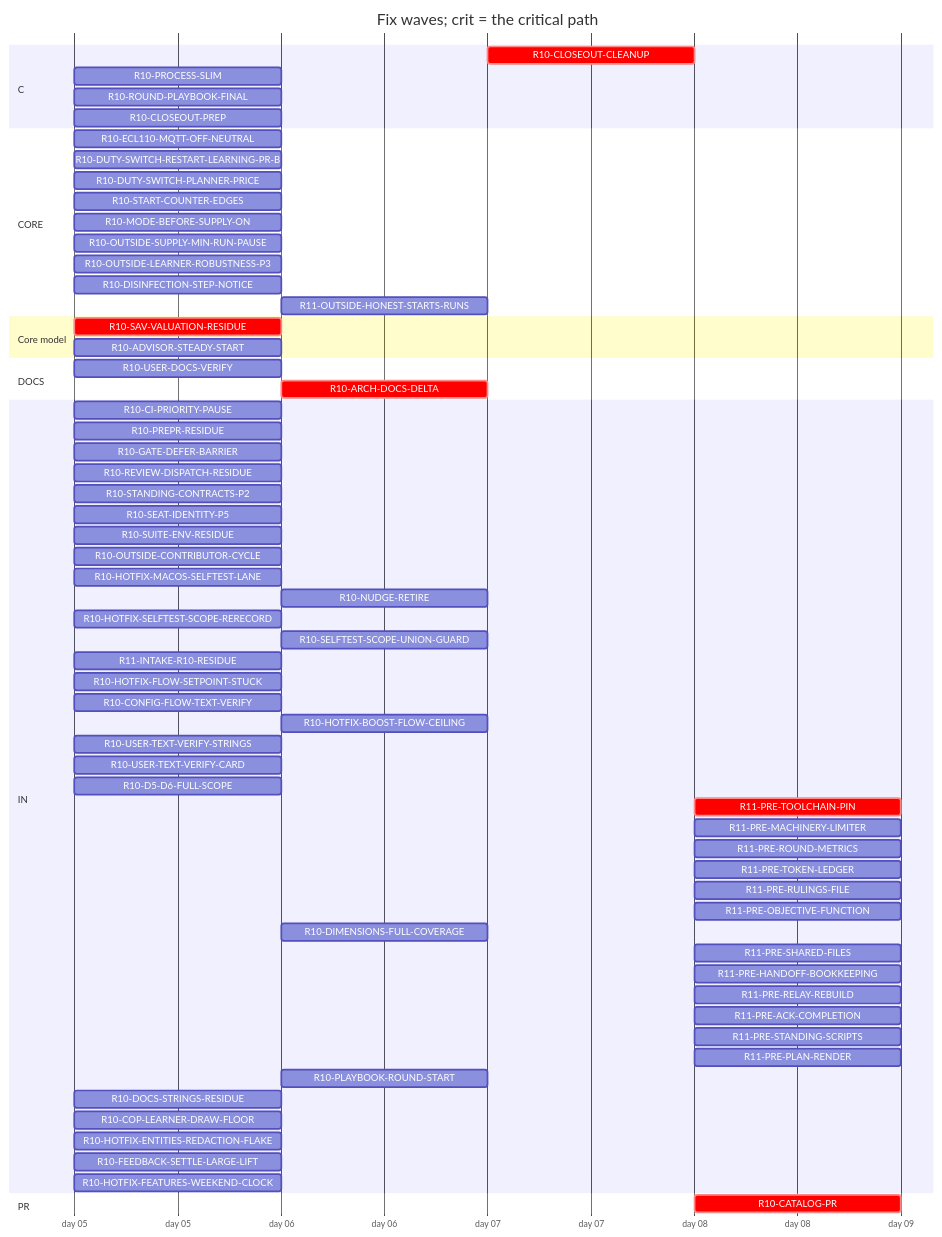
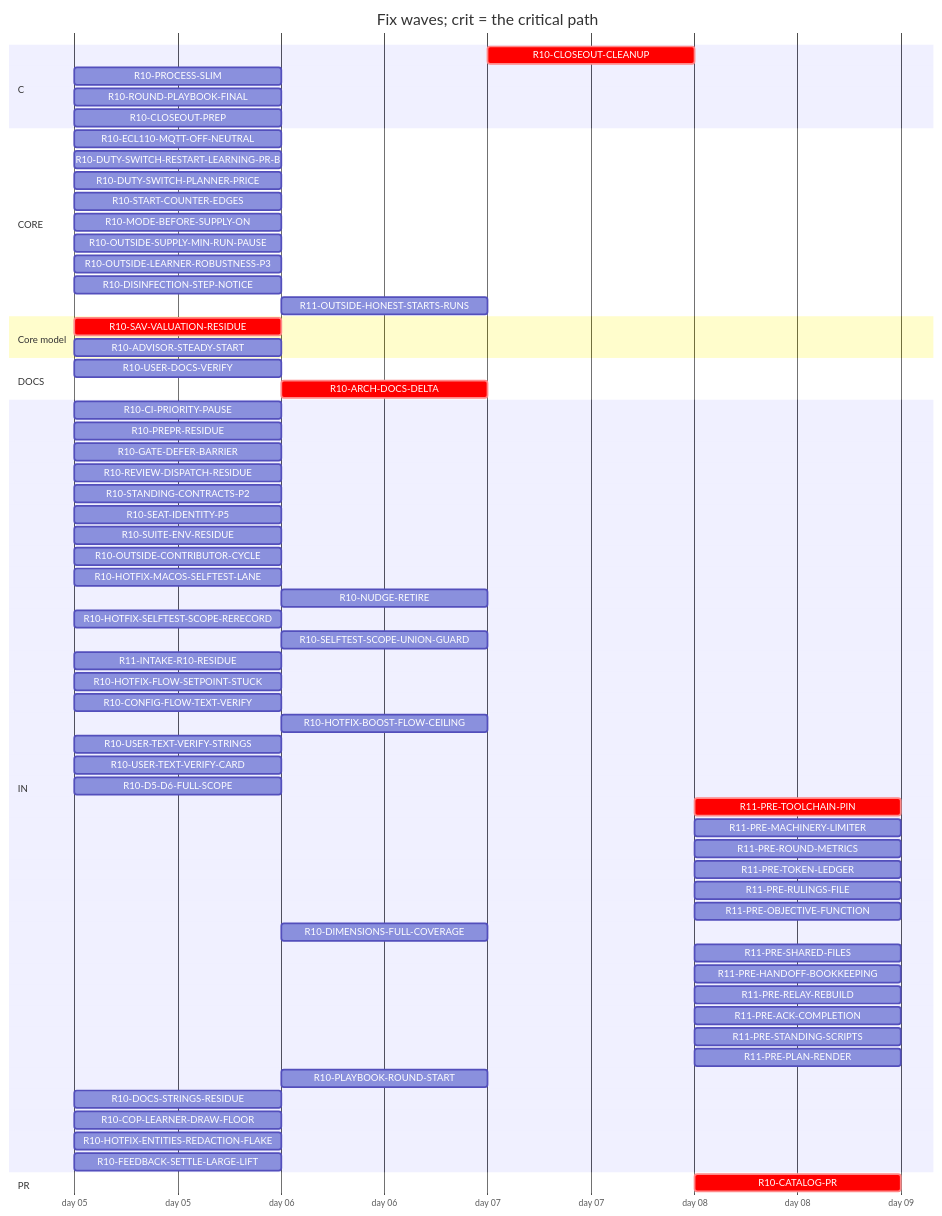
The diagram in handoff/round10/state/PLAN-TABLE.md (tvofi/heatpump_optimizer), drawn with Mermaid before and after one commit. The commit also changed other lines of this file and 3 other files, not shown here.

Commit message:
state: FLOW-BOARD.md, NEXT-SESSION-PROMPT.md, PLAN-TABLE.md, RESUME-CURRENT.md regenerated (state_docs.py)

````diff
--- a/handoff/round10/state/PLAN-TABLE.md
+++ b/handoff/round10/state/PLAN-TABLE.md
@@ -19,68 +19,67 @@
 ```mermaid
 gantt
   title Fix waves; crit = the critical path
   dateFormat YYYY-MM-DD
   axisFormat day %d
   section C
     R10-CLOSEOUT-CLEANUP :crit, r10CLOSEOUTCLEANUP, after r10USERDOCSVERIFY r10CLOSEOUTPREP r10ARCHDOCSDELTA, 1d
     R10-PROCESS-SLIM :r10PROCESSSLIM, 2026-01-05, 1d
     R10-ROUND-PLAYBOOK-FINAL :r10ROUNDPLAYBOOKFINAL, 2026-01-05, 1d
     R10-CLOSEOUT-PREP :r10CLOSEOUTPREP, 2026-01-05, 1d
   section CORE
     R10-ECL110-MQTT-OFF-NEUTRAL :r10ECL110MQTTOFFNEUTRAL, 2026-01-05, 1d
     R10-DUTY-SWITCH-RESTART-LEARNING-PR-B :r10DUTYSWITCHRESTARTLEARNINGPRB, 2026-01-05, 1d
     R10-DUTY-SWITCH-PLANNER-PRICE :r10DUTYSWITCHPLANNERPRICE, 2026-01-05, 1d
     R10-START-COUNTER-EDGES :r10STARTCOUNTEREDGES, 2026-01-05, 1d
     R10-MODE-BEFORE-SUPPLY-ON :r10MODEBEFORESUPPLYON, 2026-01-05, 1d
     R10-OUTSIDE-SUPPLY-MIN-RUN-PAUSE :r10OUTSIDESUPPLYMINRUNPAUSE, 2026-01-05, 1d
     R10-OUTSIDE-LEARNER-ROBUSTNESS-P3 :r10OUTSIDELEARNERROBUSTNESSP3, 2026-01-05, 1d
     R10-DISINFECTION-STEP-NOTICE :r10DISINFECTIONSTEPNOTICE, 2026-01-05, 1d
     R11-OUTSIDE-HONEST-STARTS-RUNS :r11OUTSIDEHONESTSTARTSRUNS, after r10DUTYSWITCHPLANNERPRICE r10OUTSIDESUPPLYMINRUNPAUSE r10ADVISORSTEADYSTART, 1d
   section Core model
     R10-SAV-VALUATION-RESIDUE :crit, r10SAVVALUATIONRESIDUE, 2026-01-05, 1d
     R10-ADVISOR-STEADY-START :r10ADVISORSTEADYSTART, 2026-01-05, 1d
   section DOCS
     R10-USER-DOCS-VERIFY :r10USERDOCSVERIFY, 2026-01-05, 1d
     R10-ARCH-DOCS-DELTA :crit, r10ARCHDOCSDELTA, after r10SAVVALUATIONRESIDUE r10ADVISORSTEADYSTART, 1d
   section IN
     R10-CI-PRIORITY-PAUSE :r10CIPRIORITYPAUSE, 2026-01-05, 1d
     R10-PREPR-RESIDUE :r10PREPRRESIDUE, 2026-01-05, 1d
     R10-GATE-DEFER-BARRIER :r10GATEDEFERBARRIER, 2026-01-05, 1d
     R10-REVIEW-DISPATCH-RESIDUE :r10REVIEWDISPATCHRESIDUE, 2026-01-05, 1d
     R10-STANDING-CONTRACTS-P2 :r10STANDINGCONTRACTSP2, 2026-01-05, 1d
     R10-SEAT-IDENTITY-P5 :r10SEATIDENTITYP5, 2026-01-05, 1d
     R10-SUITE-ENV-RESIDUE :r10SUITEENVRESIDUE, 2026-01-05, 1d
     R10-OUTSIDE-CONTRIBUTOR-CYCLE :r10OUTSIDECONTRIBUTORCYCLE, 2026-01-05, 1d
     R10-HOTFIX-MACOS-SELFTEST-LANE :r10HOTFIXMACOSSELFTESTLANE, 2026-01-05, 1d
     R10-NUDGE-RETIRE :r10NUDGERETIRE, after r10ROUNDPLAYBOOKFINAL, 1d
     R10-HOTFIX-SELFTEST-SCOPE-RERECORD :r10HOTFIXSELFTESTSCOPERERECORD, 2026-01-05, 1d
     R10-SELFTEST-SCOPE-UNION-GUARD :r10SELFTESTSCOPEUNIONGUARD, after r10HOTFIXSELFTESTSCOPERERECORD, 1d
     R11-INTAKE-R10-RESIDUE :r11INTAKER10RESIDUE, 2026-01-05, 1d
     R10-HOTFIX-FLOW-SETPOINT-STUCK :r10HOTFIXFLOWSETPOINTSTUCK, 2026-01-05, 1d
     R10-CONFIG-FLOW-TEXT-VERIFY :r10CONFIGFLOWTEXTVERIFY, 2026-01-05, 1d
     R10-HOTFIX-BOOST-FLOW-CEILING :r10HOTFIXBOOSTFLOWCEILING, after r10HOTFIXFLOWSETPOINTSTUCK, 1d
     R10-USER-TEXT-VERIFY-STRINGS :r10USERTEXTVERIFYSTRINGS, 2026-01-05, 1d
     R10-USER-TEXT-VERIFY-CARD :r10USERTEXTVERIFYCARD, 2026-01-05, 1d
     R10-D5-D6-FULL-SCOPE :r10D5D6FULLSCOPE, 2026-01-05, 1d
     R11-PRE-TOOLCHAIN-PIN :crit, r11PRETOOLCHAINPIN, after r10CATALOGPR, 1d
     R11-PRE-MACHINERY-LIMITER :r11PREMACHINERYLIMITER, after r10CATALOGPR, 1d
     R11-PRE-ROUND-METRICS :r11PREROUNDMETRICS, after r10CATALOGPR, 1d
     R11-PRE-TOKEN-LEDGER :r11PRETOKENLEDGER, after r10CATALOGPR, 1d
     R11-PRE-RULINGS-FILE :r11PRERULINGSFILE, after r10CATALOGPR, 1d
     R11-PRE-OBJECTIVE-FUNCTION :r11PREOBJECTIVEFUNCTION, after r10CATALOGPR, 1d
     R10-DIMENSIONS-FULL-COVERAGE :r10DIMENSIONSFULLCOVERAGE, after r10D5D6FULLSCOPE, 1d
     R11-PRE-SHARED-FILES :r11PRESHAREDFILES, after r10CATALOGPR, 1d
     R11-PRE-HANDOFF-BOOKKEEPING :r11PREHANDOFFBOOKKEEPING, after r10CATALOGPR, 1d
     R11-PRE-RELAY-REBUILD :r11PRERELAYREBUILD, after r10CATALOGPR, 1d
     R11-PRE-ACK-COMPLETION :r11PREACKCOMPLETION, after r10CATALOGPR, 1d
     R11-PRE-STANDING-SCRIPTS :r11PRESTANDINGSCRIPTS, after r10CATALOGPR, 1d
     R11-PRE-PLAN-RENDER :r11PREPLANRENDER, after r10CATALOGPR, 1d
     R10-PLAYBOOK-ROUND-START :r10PLAYBOOKROUNDSTART, after r10ROUNDPLAYBOOKFINAL, 1d
     R10-DOCS-STRINGS-RESIDUE :r10DOCSSTRINGSRESIDUE, 2026-01-05, 1d
     R10-COP-LEARNER-DRAW-FLOOR :r10COPLEARNERDRAWFLOOR, 2026-01-05, 1d
     R10-HOTFIX-ENTITIES-REDACTION-FLAKE :r10HOTFIXENTITIESREDACTIONFLAKE, 2026-01-05, 1d
     R10-FEEDBACK-SETTLE-LARGE-LIFT :r10FEEDBACKSETTLELARGELIFT, 2026-01-05, 1d
-    R10-HOTFIX-FEATURES-WEEKEND-CLOCK :r10HOTFIXFEATURESWEEKENDCLOCK, 2026-01-05, 1d
   section PR
     R10-CATALOG-PR :crit, r10CATALOGPR, after r10USERDOCSVERIFY r10CLOSEOUTCLEANUP r10CLOSEOUTPREP r10ARCHDOCSDELTA, 1d
 ```
````
